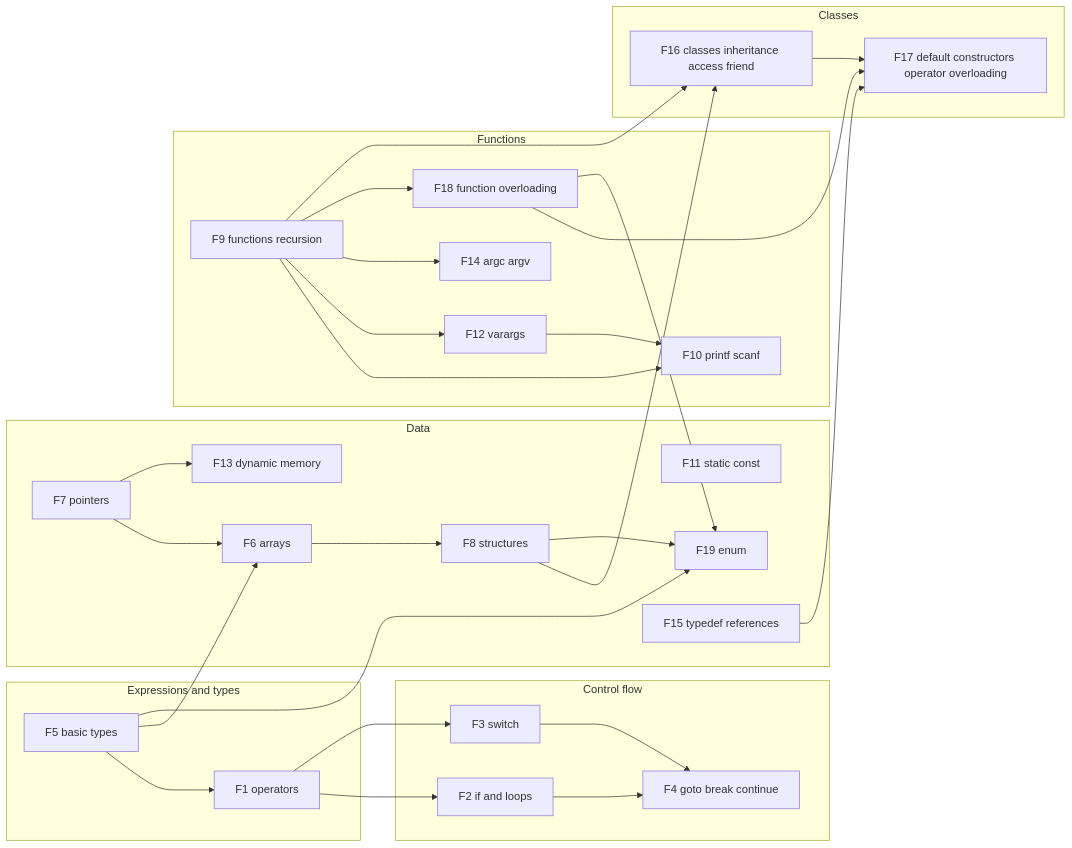
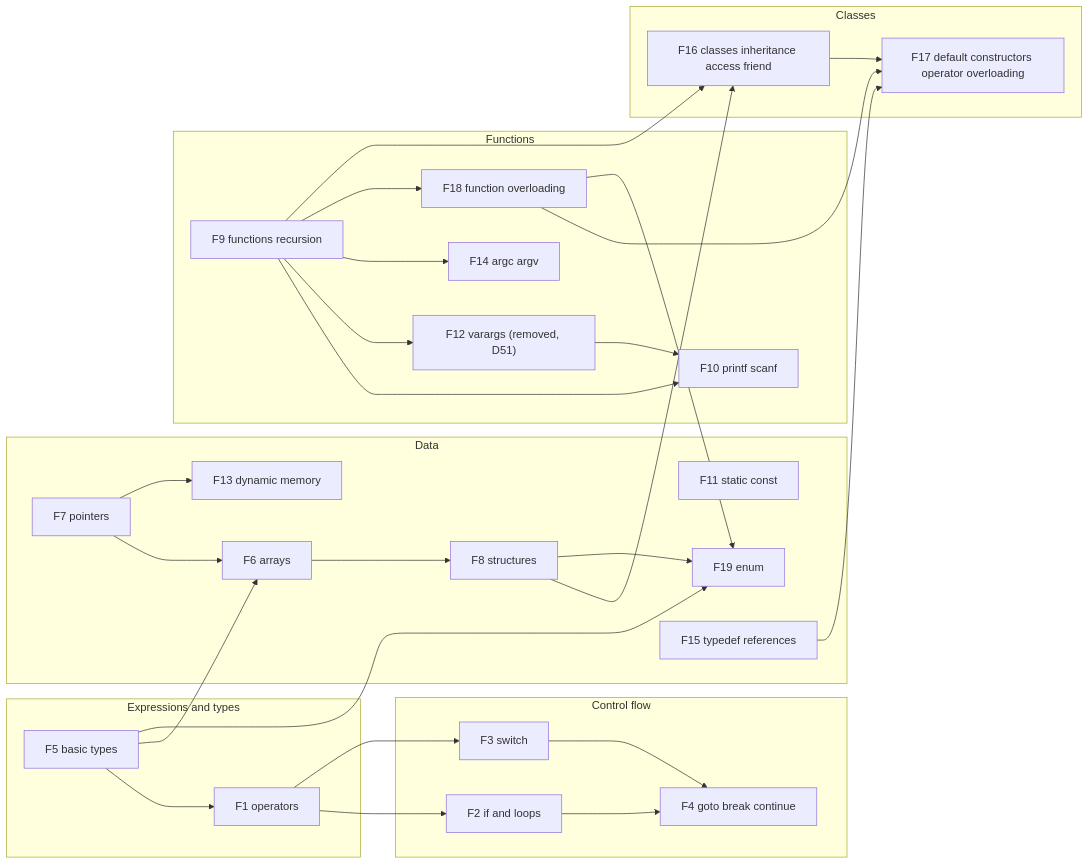
Before and after one commit to migikun474/COMPILER-DESIGN: the second of 3 diagrams in docs/FEATURE_CONNECTIVITY.md, drawn with Mermaid. The commit also changed other lines of this file and 209 other files, not shown here.

````diff
--- a/docs/FEATURE_CONNECTIVITY.md
+++ b/docs/FEATURE_CONNECTIVITY.md
@@ -43,54 +43,54 @@
 ```mermaid
 flowchart LR
     subgraph EXPR["Expressions and types"]
         F1["F1 operators"]
         F5["F5 basic types"]
     end
     subgraph CTRL["Control flow"]
         F2["F2 if and loops"]
         F3["F3 switch"]
         F4["F4 goto break continue"]
     end
     subgraph DATA["Data"]
         F6["F6 arrays"]
         F7["F7 pointers"]
         F8["F8 structures"]
         F11["F11 static const"]
         F19["F19 enum"]
         F13["F13 dynamic memory"]
         F15["F15 typedef references"]
     end
     subgraph CALLS["Functions"]
         F9["F9 functions recursion"]
         F10["F10 printf scanf"]
-        F12["F12 varargs"]
+        F12["F12 varargs (removed, D51)"]
         F14["F14 argc argv"]
         F18["F18 function overloading"]
     end
     subgraph OOP["Classes"]
         F16["F16 classes inheritance access friend"]
         F17["F17 default constructors operator overloading"]
     end
     F1 --> F2
     F1 --> F3
     F5 --> F1
     F2 --> F4
     F3 --> F4
     F5 --> F6
     F7 --> F6
     F7 --> F13
     F8 --> F16
     F6 --> F8
     F9 --> F10
     F9 --> F12
     F12 --> F10
     F9 --> F14
     F9 --> F18
     F18 --> F17
     F16 --> F17
     F15 --> F17
     F9 --> F16
     F5 --> F19
     F8 --> F19
     F18 --> F19
 ```
````
